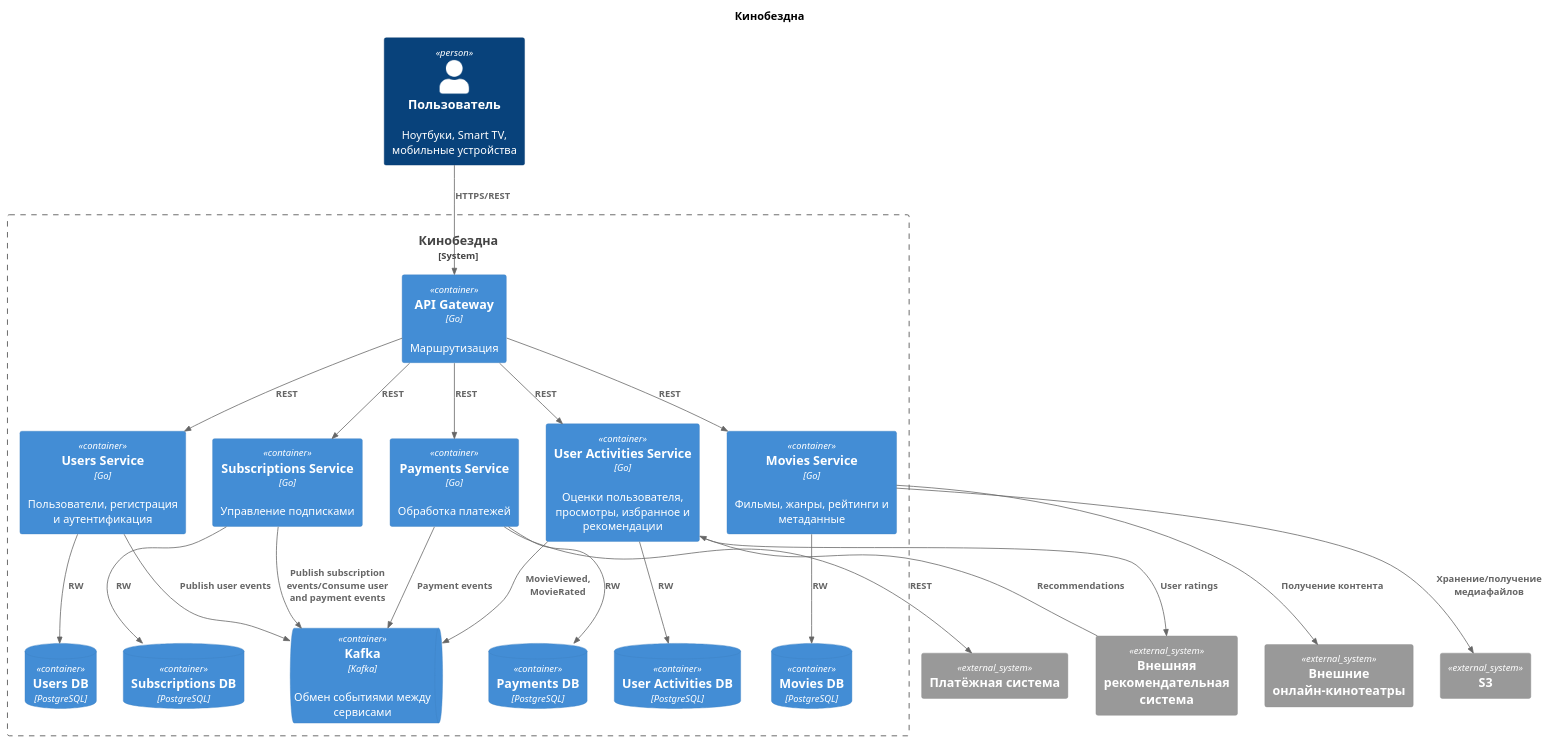
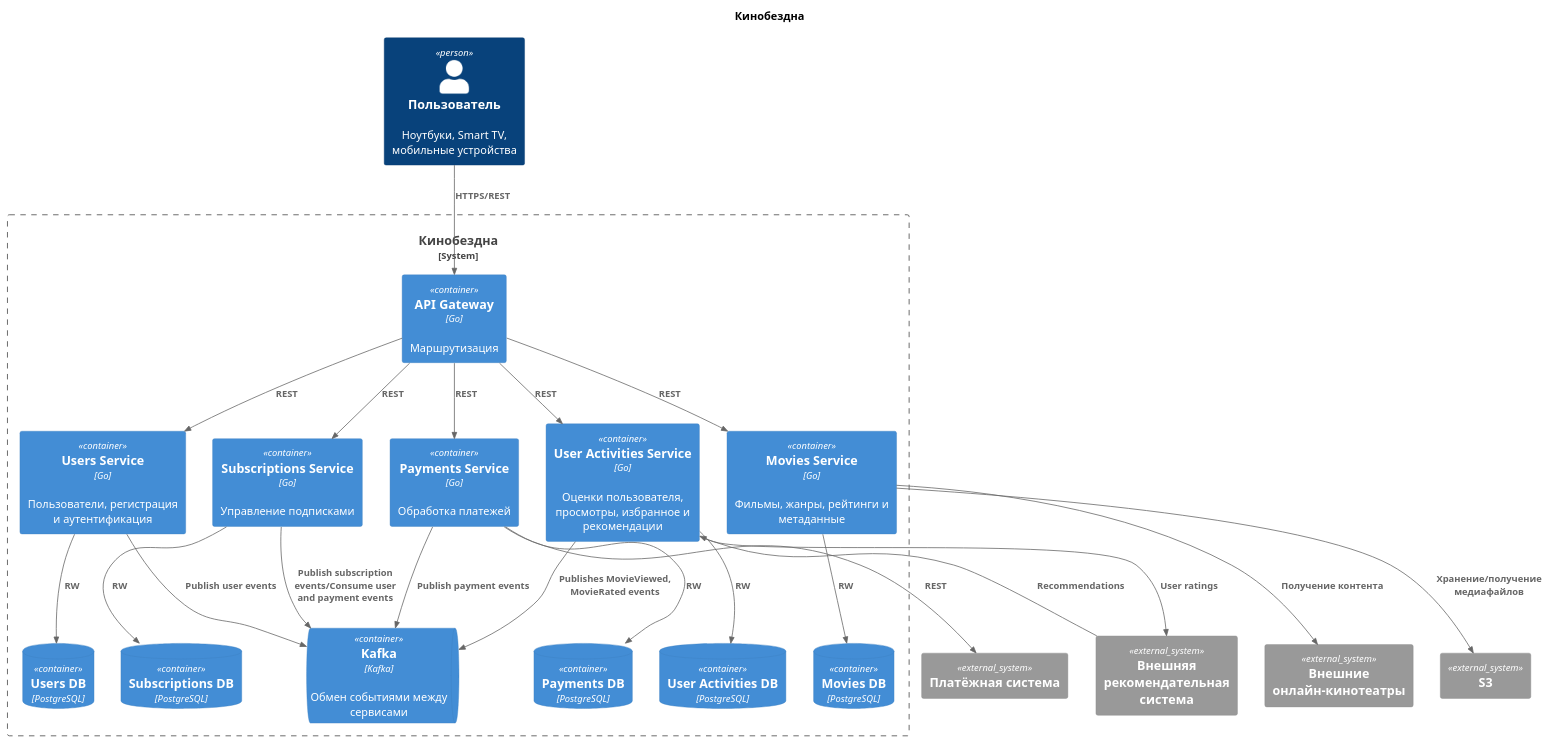
Before and after one commit to forl15/sprint-2-cinemaabyss: the diagram in diagrams/components.puml, drawn with PlantUML.

```diff
--- a/diagrams/components.puml
+++ b/diagrams/components.puml
@@ -1,60 +1,60 @@
 @startuml
 !include https://raw.githubusercontent.com/plantuml-stdlib/C4-PlantUML/master/C4_Container.puml
 
 title Кинобездна
 
 Person(user, "Пользователь", "Ноутбуки, Smart TV, мобильные устройства")
 
 System_Boundary(cinema, "Кинобездна") {
     Container(gateway, "API Gateway", "Go","Маршрутизация")
     Container(users, "Users Service", "Go", "Пользователи, регистрация и аутентификация")
     ContainerDb(usersDb, "Users DB", "PostgreSQL")
     Container(movies, "Movies Service", "Go", "Фильмы, жанры, рейтинги и метаданные")
     ContainerDb(moviesDb, "Movies DB", "PostgreSQL")
     Container(activities, "User Activities Service", "Go", "Оценки пользователя, просмотры, избранное и рекомендации")
     ContainerDb(activitiesDb, "User Activities DB", "PostgreSQL")
     Container(payments, "Payments Service", "Go", "Обработка платежей")
     ContainerDb(paymentsDb, "Payments DB", "PostgreSQL")
     Container(subscriptions, "Subscriptions Service", "Go","Управление подписками")
     ContainerDb(subscriptionsDb, "Subscriptions DB", "PostgreSQL")
     ContainerQueue(kafka, "Kafka","Kafka","Обмен событиями между сервисами")
 }
 
 System_Ext(paymentSystem, "Платёжная система")
 System_Ext(recommendation,"Внешняя рекомендательная система")
 System_Ext(cinemas,"Внешние онлайн-кинотеатры")
 System_Ext(s3,"S3")
 
 Rel(user, gateway, "HTTPS/REST")
 
 Rel(gateway, users, "REST")
 Rel(gateway, movies, "REST")
 Rel(gateway, payments, "REST")
 Rel(gateway, subscriptions, "REST")
 Rel(gateway, activities, "REST")
 
 Rel(users, usersDb, "RW")
 Rel(movies, moviesDb, "RW")
 Rel(payments, paymentsDb, "RW")
 Rel(subscriptions, subscriptionsDb, "RW")
 Rel(activities, activitiesDb, "RW")
 
 Rel(payments, paymentSystem,"REST")
 
 Rel(movies, cinemas,"Получение контента")
 
 Rel(movies, s3,"Хранение/получение медиафайлов")
 
 Rel(users, kafka,"Publish user events")
 
-Rel(activities, kafka,"MovieViewed, MovieRated")
+Rel(activities, kafka,"Publishes MovieViewed, MovieRated events")
 
-Rel(payments, kafka,"Payment events")
+Rel(payments, kafka,"Publish payment events")
 
 Rel(subscriptions, kafka,"Publish subscription events/Consume user and payment events")
 
 Rel(activities, recommendation, "User ratings")
 
 Rel(recommendation, activities, "Recommendations")
 
 @enduml
```
